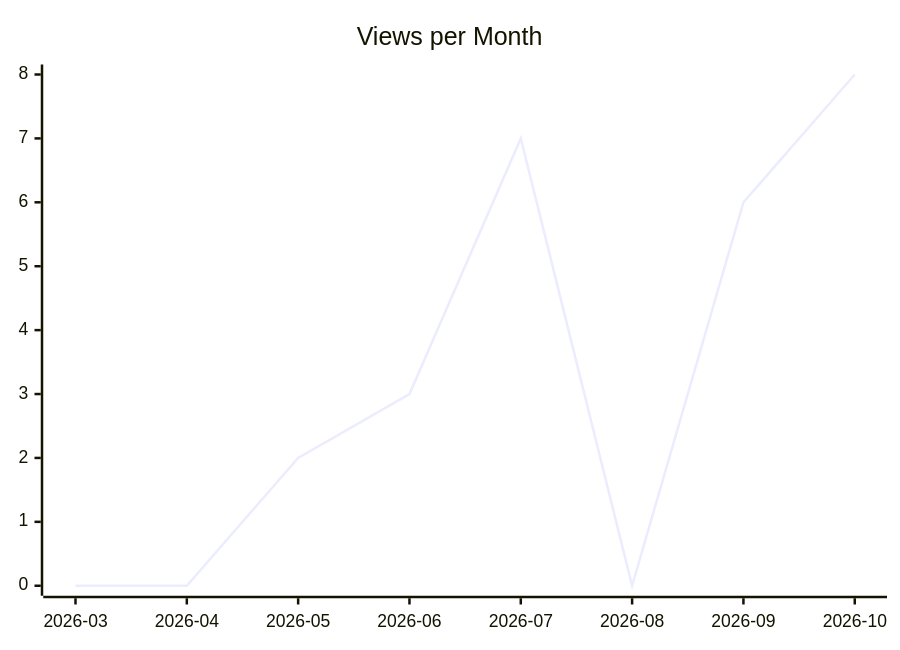
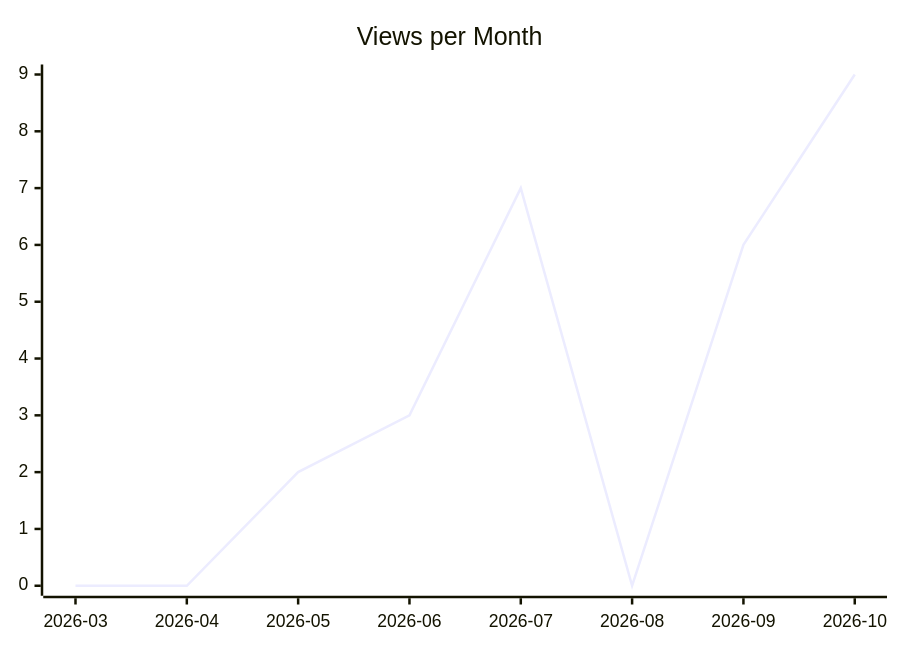
One commit to justdavis-family/github-analytics-data changed the second of 3 diagrams in karlmdavis/justdavis-karl/README.md. Above: the diagram before and after it, drawn with Mermaid. The commit also changed other lines of this file and 198 other files, not shown here.

````diff
--- a/karlmdavis/justdavis-karl/README.md
+++ b/karlmdavis/justdavis-karl/README.md
@@ -12,6 +12,6 @@
 ```mermaid
 xychart-beta
   title "Views per Month"
   x-axis ["2026-03", "2026-04", "2026-05", "2026-06", "2026-07", "2026-08", "2026-09", "2026-10"]
-  line [0, 0, 2, 3, 7, 0, 6, 8]
+  line [0, 0, 2, 3, 7, 0, 6, 9]
 ```
````
